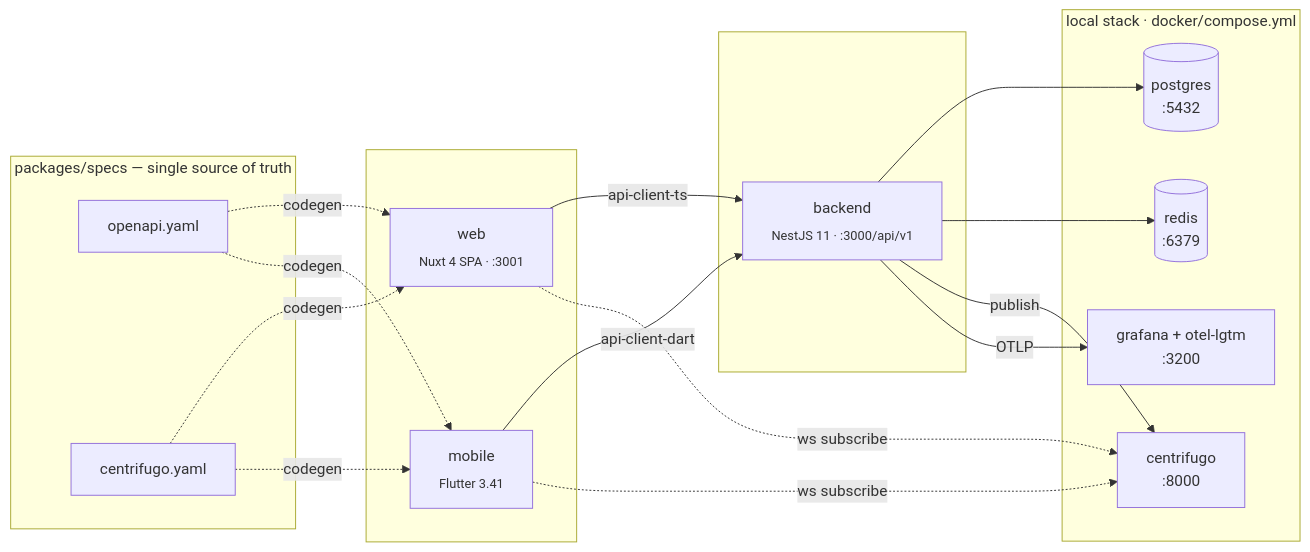
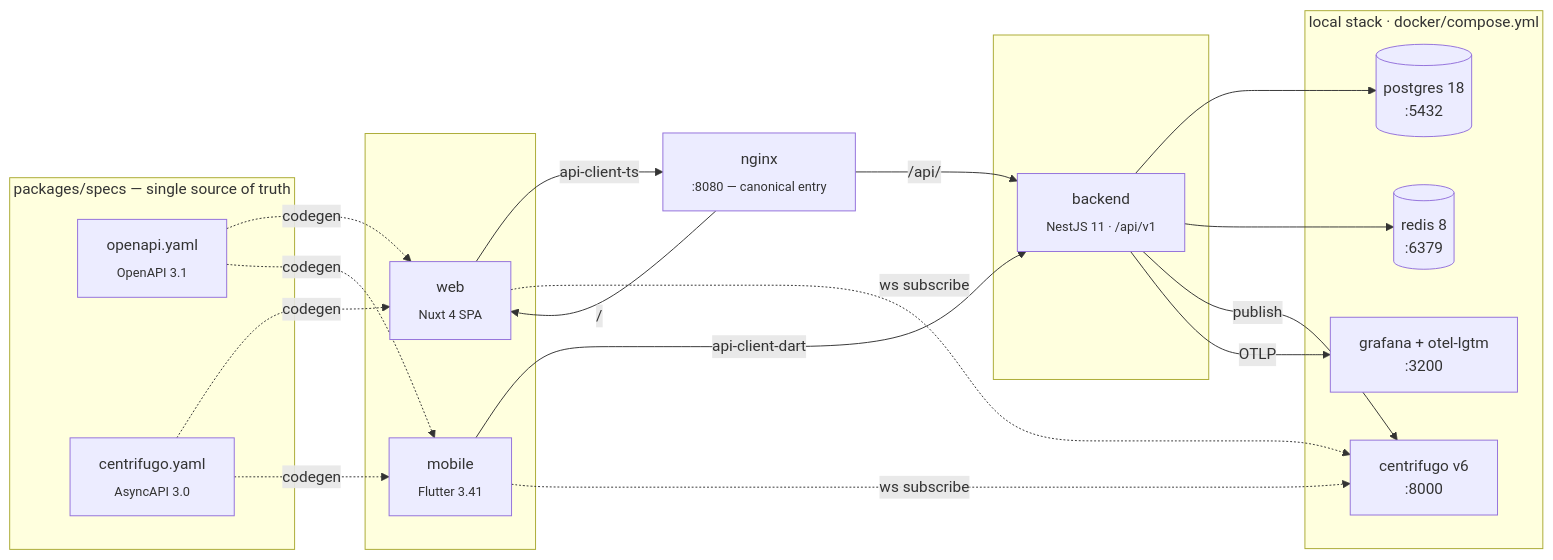
The diagram in README.md (kkucherenkov/course_shelf), drawn with Mermaid before and after one commit. The commit also changed other lines of this file and 1 other file, not shown here.

````diff
--- a/README.md
+++ b/README.md
@@ -38,37 +20,41 @@
 ```mermaid
 flowchart LR
   subgraph clients[" "]
-    web["web<br/><sub>Nuxt 4 SPA · :3001</sub>"]
+    web["web<br/><sub>Nuxt 4 SPA</sub>"]
     mobile["mobile<br/><sub>Flutter 3.41</sub>"]
   end
 
+  nginx["nginx<br/><sub>:8080 — canonical entry</sub>"]
+
   subgraph backend_group[" "]
-    backend["backend<br/><sub>NestJS 11 · :3000/api/v1</sub>"]
+    backend["backend<br/><sub>NestJS 11 · /api/v1</sub>"]
   end
 
   subgraph infra["local stack · docker/compose.yml"]
-    postgres[("postgres<br/>:5432")]
-    redis[("redis<br/>:6379")]
-    centrifugo["centrifugo<br/>:8000"]
+    postgres[("postgres 18<br/>:5432")]
+    redis[("redis 8<br/>:6379")]
+    centrifugo["centrifugo v6<br/>:8000"]
     otel["grafana + otel-lgtm<br/>:3200"]
   end
 
   subgraph contracts["packages/specs — single source of truth"]
-    openapi["openapi.yaml"]
-    asyncapi["centrifugo.yaml"]
+    openapi["openapi.yaml<br/><sub>OpenAPI 3.1</sub>"]
+    asyncapi["centrifugo.yaml<br/><sub>AsyncAPI 3.0</sub>"]
   end
 
-  web -->|"api-client-ts"| backend
+  web -->|"api-client-ts"| nginx
   mobile -->|"api-client-dart"| backend
+  nginx -->|"/api/"| backend
+  nginx -->|"/"| web
   web -.->|"ws subscribe"| centrifugo
   mobile -.->|"ws subscribe"| centrifugo
   backend --> postgres
   backend --> redis
   backend -->|"publish"| centrifugo
   backend -->|"OTLP"| otel
 
   openapi -. "codegen" .-> web
   openapi -. "codegen" .-> mobile
   asyncapi -. "codegen" .-> web
   asyncapi -. "codegen" .-> mobile
 ```
````
